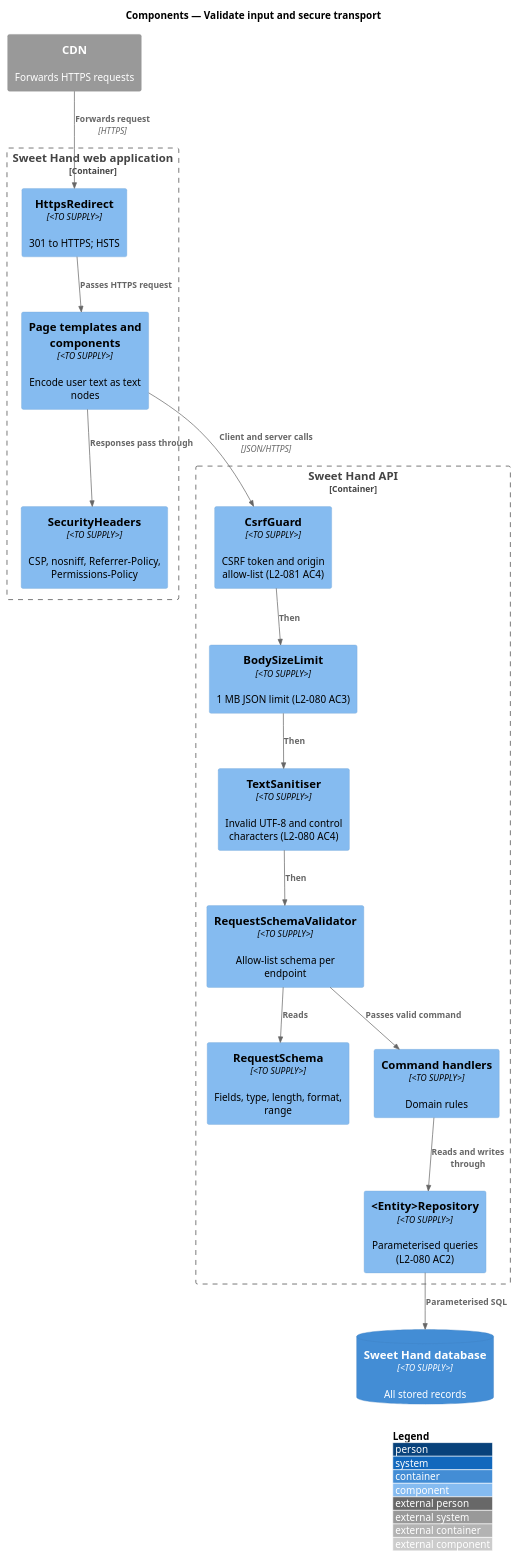
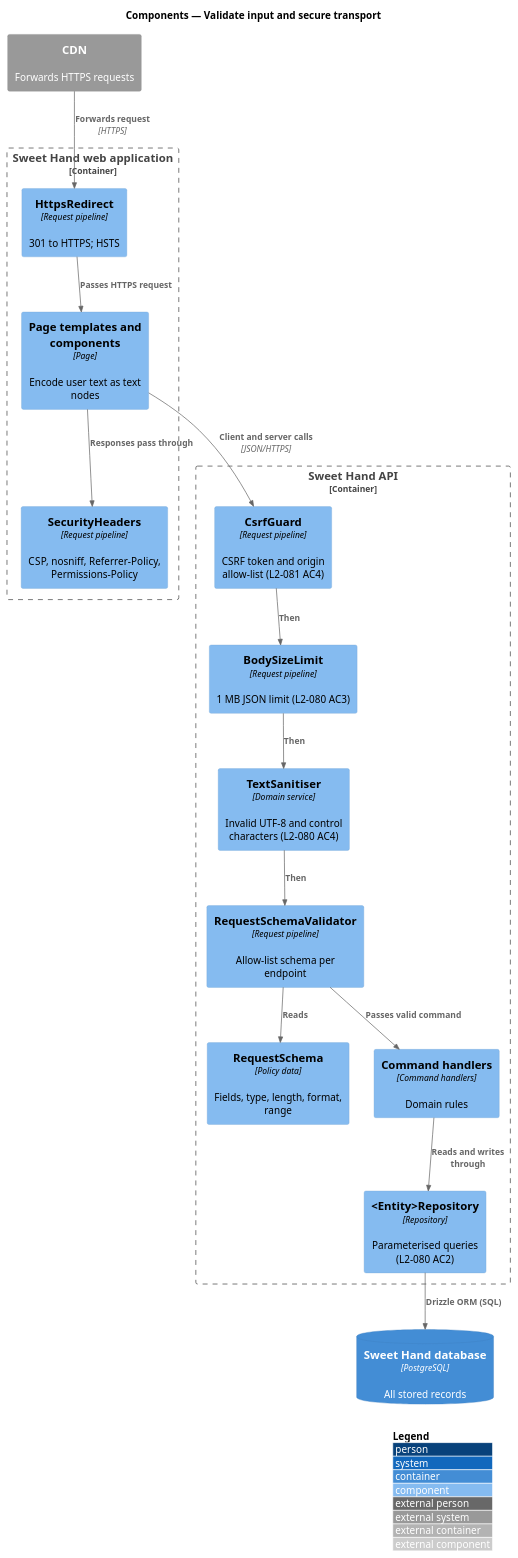
One commit to QuinntyneBrown/sweet-hand changed the diagram in docs/detailed-designs/identity-and-security/validate-input-and-secure-transport/diagrams/c4-component.puml. Above: the diagram before and after it, drawn with PlantUML. The commit also changed 39 other files, not shown here.

```diff
--- a/docs/detailed-designs/identity-and-security/validate-input-and-secure-transport/diagrams/c4-component.puml
+++ b/docs/detailed-designs/identity-and-security/validate-input-and-secure-transport/diagrams/c4-component.puml
@@ -1,34 +1,34 @@
 @startuml
 !include <C4/C4_Component>
 LAYOUT_WITH_LEGEND()
 title Components — Validate input and secure transport
 
 System_Ext(cdn, "CDN", "Forwards HTTPS requests")
 Container_Boundary(web, "Sweet Hand web application") {
-  Component(webredirect, "HttpsRedirect", "<TO SUPPLY>", "301 to HTTPS; HSTS")
-  Component(headers, "SecurityHeaders", "<TO SUPPLY>", "CSP, nosniff, Referrer-Policy, Permissions-Policy")
-  Component(templates, "Page templates and components", "<TO SUPPLY>", "Encode user text as text nodes")
+  Component(webredirect, "HttpsRedirect", "Request pipeline", "301 to HTTPS; HSTS")
+  Component(headers, "SecurityHeaders", "Request pipeline", "CSP, nosniff, Referrer-Policy, Permissions-Policy")
+  Component(templates, "Page templates and components", "Page", "Encode user text as text nodes")
 }
 Container_Boundary(api, "Sweet Hand API") {
-  Component(csrf, "CsrfGuard", "<TO SUPPLY>", "CSRF token and origin allow-list (L2-081 AC4)")
-  Component(size, "BodySizeLimit", "<TO SUPPLY>", "1 MB JSON limit (L2-080 AC3)")
-  Component(sanitiser, "TextSanitiser", "<TO SUPPLY>", "Invalid UTF-8 and control characters (L2-080 AC4)")
-  Component(validator, "RequestSchemaValidator", "<TO SUPPLY>", "Allow-list schema per endpoint")
-  Component(schemas, "RequestSchema", "<TO SUPPLY>", "Fields, type, length, format, range")
-  Component(handler, "Command handlers", "<TO SUPPLY>", "Domain rules")
-  Component(repo, "<Entity>Repository", "<TO SUPPLY>", "Parameterised queries (L2-080 AC2)")
+  Component(csrf, "CsrfGuard", "Request pipeline", "CSRF token and origin allow-list (L2-081 AC4)")
+  Component(size, "BodySizeLimit", "Request pipeline", "1 MB JSON limit (L2-080 AC3)")
+  Component(sanitiser, "TextSanitiser", "Domain service", "Invalid UTF-8 and control characters (L2-080 AC4)")
+  Component(validator, "RequestSchemaValidator", "Request pipeline", "Allow-list schema per endpoint")
+  Component(schemas, "RequestSchema", "Policy data", "Fields, type, length, format, range")
+  Component(handler, "Command handlers", "Command handlers", "Domain rules")
+  Component(repo, "<Entity>Repository", "Repository", "Parameterised queries (L2-080 AC2)")
 }
-ContainerDb(db, "Sweet Hand database", "<TO SUPPLY>", "All stored records")
+ContainerDb(db, "Sweet Hand database", "PostgreSQL", "All stored records")
 
 Rel(cdn, webredirect, "Forwards request", "HTTPS")
 Rel(webredirect, templates, "Passes HTTPS request")
 Rel(templates, headers, "Responses pass through")
 Rel(templates, csrf, "Client and server calls", "JSON/HTTPS")
 Rel(csrf, size, "Then")
 Rel(size, sanitiser, "Then")
 Rel(sanitiser, validator, "Then")
 Rel(validator, schemas, "Reads")
 Rel(validator, handler, "Passes valid command")
 Rel(handler, repo, "Reads and writes through")
-Rel(repo, db, "Parameterised SQL")
+Rel(repo, db, "Drizzle ORM (SQL)")
 @enduml
```
